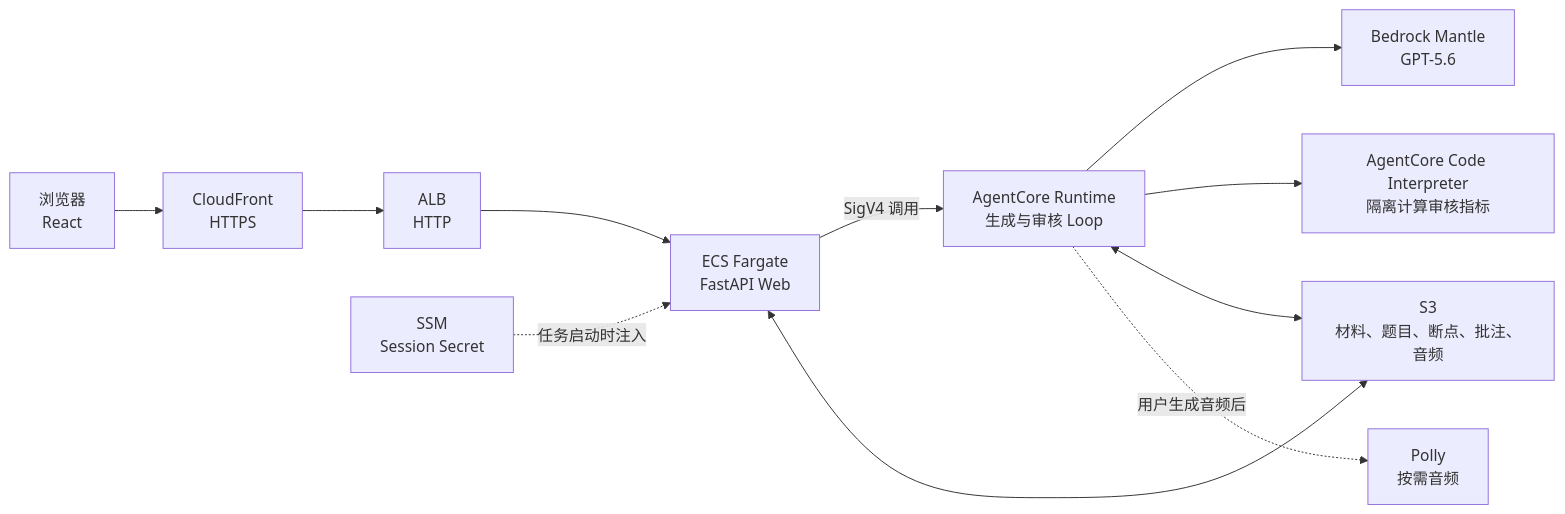
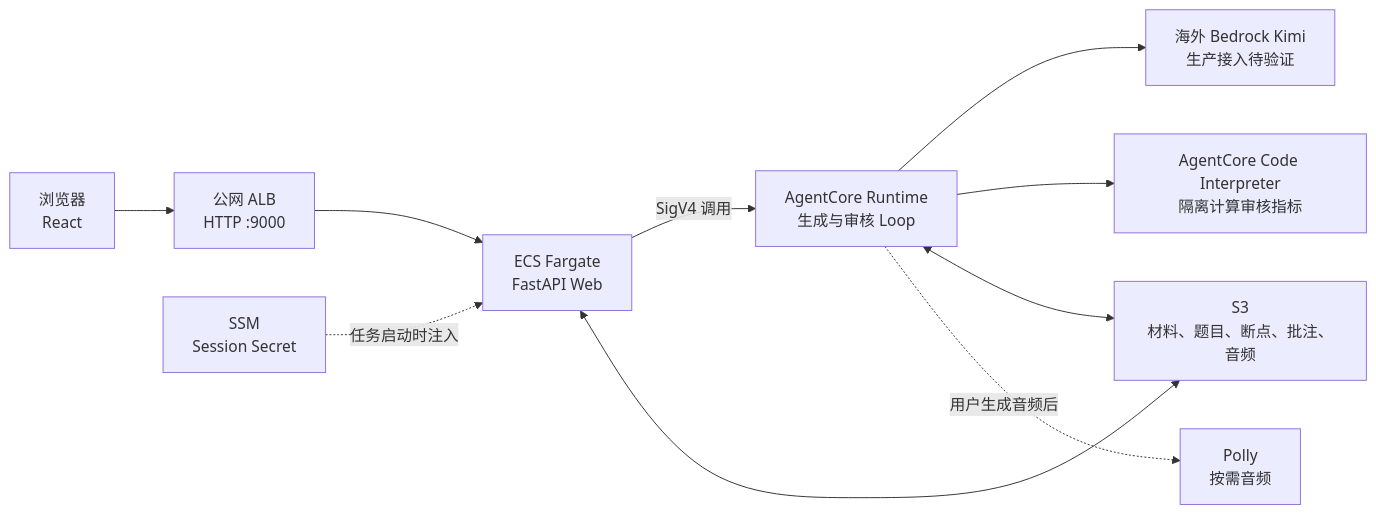
The first of 2 diagrams in README.md (wanglingxiao123/ielts-part1-generator), drawn with Mermaid before and after one commit. The commit also changed other lines of this file and 68 other files, not shown here.

````diff
--- a/README.md
+++ b/README.md
@@ -153,22 +158,21 @@
 ```mermaid
 flowchart LR
     U["浏览器<br/>React"]
-    CF["CloudFront<br/>HTTPS"]
-    ALB["ALB<br/>HTTP"]
+    ALB["公网 ALB<br/>HTTP :9000"]
     WEB["ECS Fargate<br/>FastAPI Web"]
     RT["AgentCore Runtime<br/>生成与审核 Loop"]
     CI["AgentCore Code Interpreter<br/>隔离计算审核指标"]
-    MODEL["Bedrock Mantle<br/>GPT-5.6"]
+    MODEL["海外 Bedrock Kimi<br/>生产接入待验证"]
     S3["S3<br/>材料、题目、断点、批注、音频"]
     SSM["SSM<br/>Session Secret"]
     POLLY["Polly<br/>按需音频"]
 
-    U --> CF --> ALB --> WEB
+    U --> ALB --> WEB
     WEB -->|"SigV4 调用"| RT
     WEB <--> S3
     SSM -. "任务启动时注入" .-> WEB
     RT --> MODEL
     RT --> CI
     RT <--> S3
     RT -. "用户生成音频后" .-> POLLY
 ```
````
